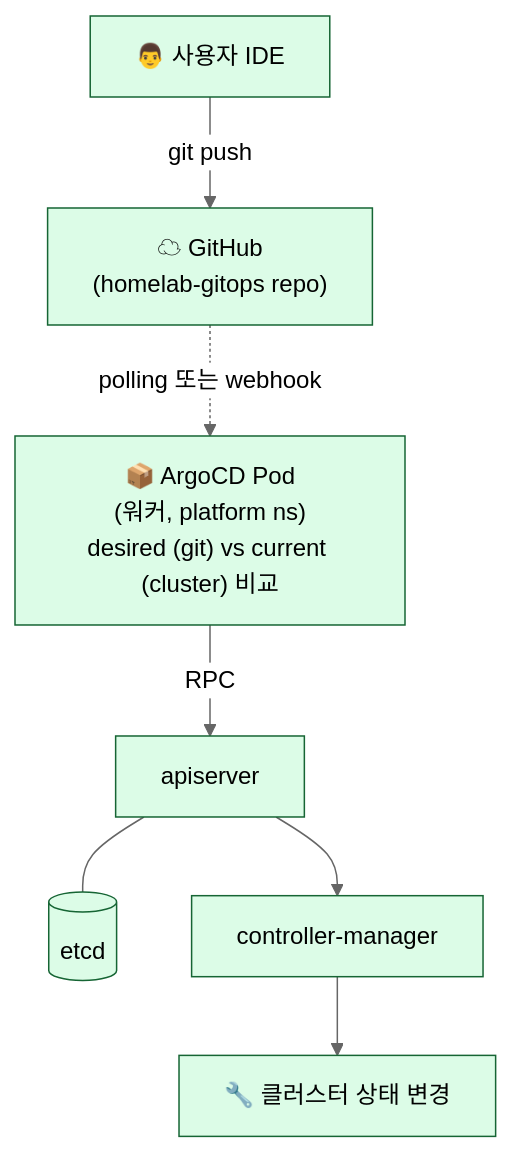
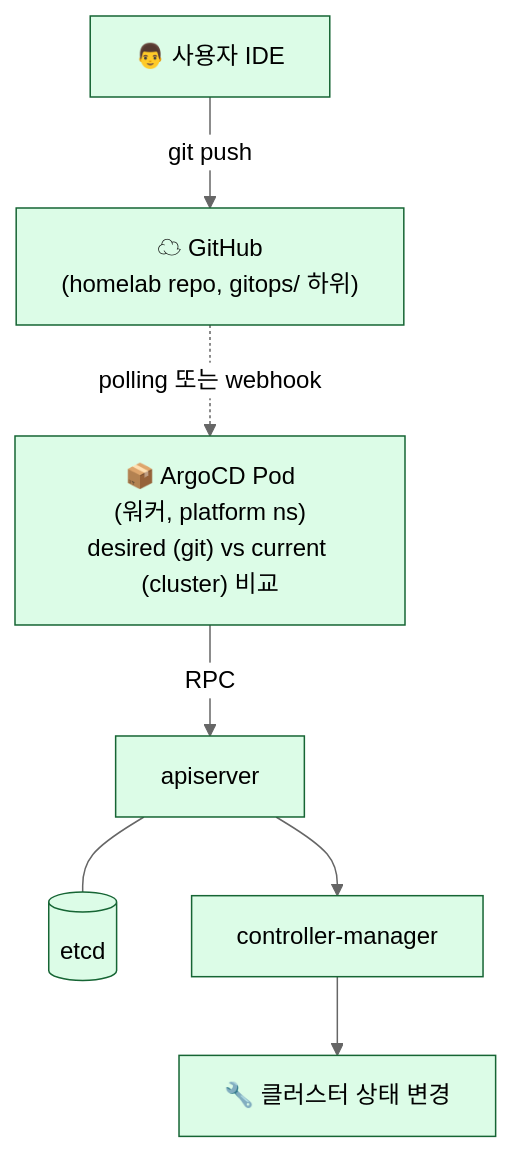
One commit to currenjin/currenjin.github.io changed the tenth of 13 diagrams in _wiki/homelab.md. Above: the diagram before and after it, drawn with Mermaid (neutral theme). The commit also changed other lines of this file, not shown here.

First line of the commit message:
Update Homelab wiki: monorepo layout

````diff
--- a/_wiki/homelab.md
+++ b/_wiki/homelab.md
@@ -432,20 +432,20 @@
 ```mermaid
 flowchart TB
   Daniel["👨 사용자 IDE"]
-  GH["☁ GitHub<br/>(homelab-gitops repo)"]
+  GH["☁ GitHub<br/>(homelab repo, gitops/ 하위)"]
   Argo["📦 ArgoCD Pod<br/>(워커, platform ns)<br/>desired (git) vs current (cluster) 비교"]
   API["apiserver"]
   ETCD[("etcd")]
   CM["controller-manager"]
   Cluster["🔧 클러스터 상태 변경"]
 
   Daniel -- git push --> GH
   GH -. polling 또는 webhook .-> Argo
   Argo -- RPC --> API
   API --- ETCD
   API --> CM
   CM --> Cluster
 
   classDef green fill:#dcfce7,stroke:#166534,color:#000
   class Daniel,GH,Argo,API,ETCD,CM,Cluster green
 ```
````
